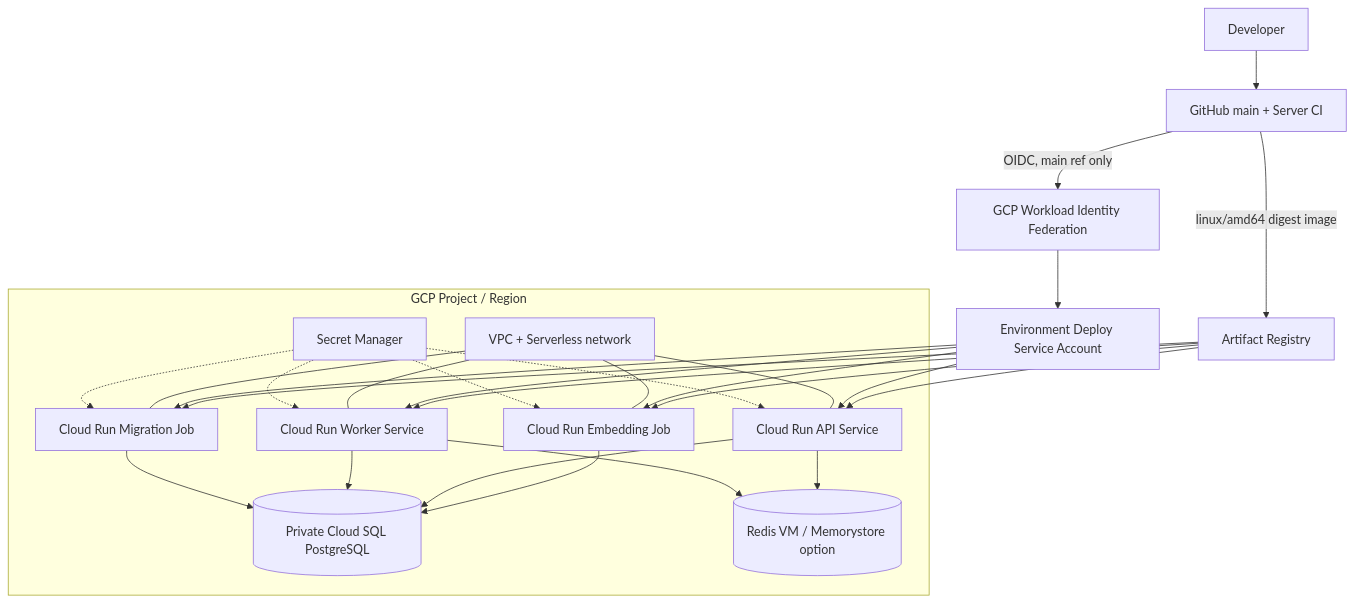
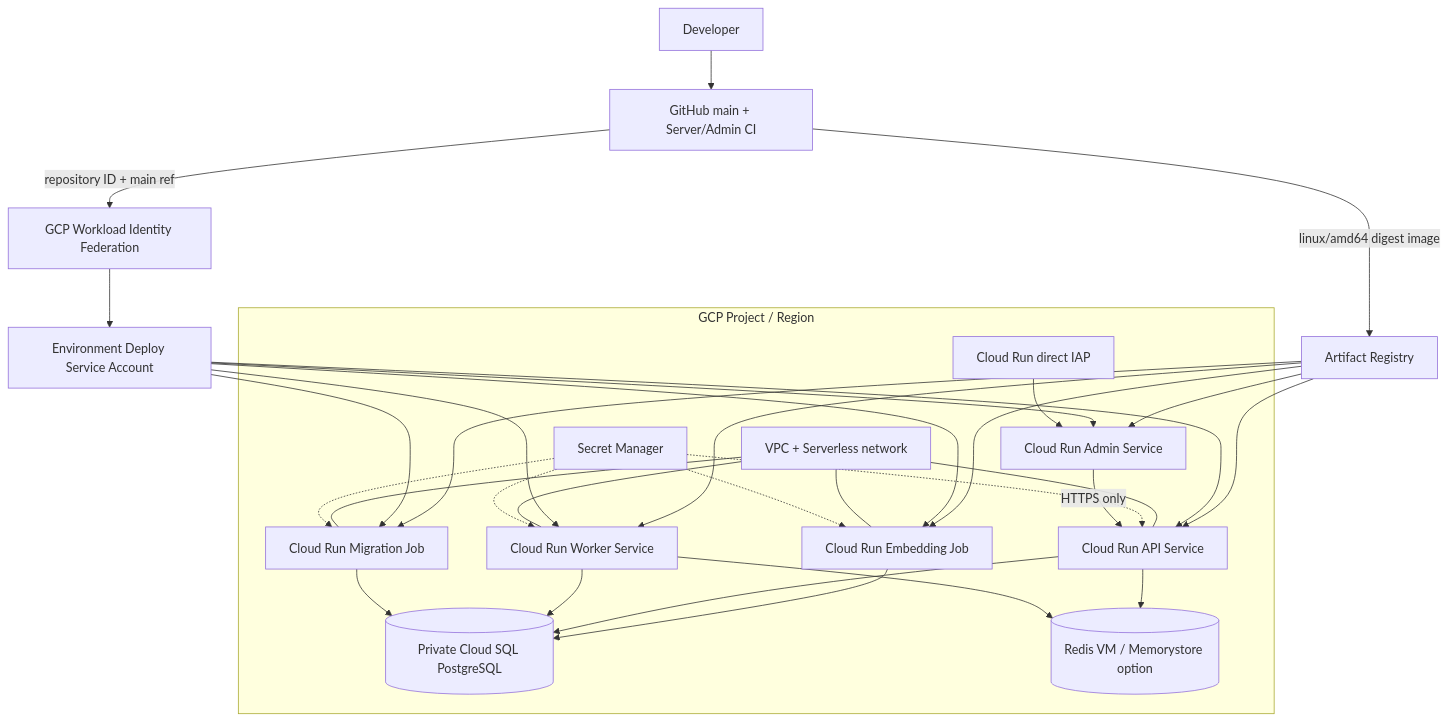
Before and after one commit to ByeongDoo-Han/mypasture-backend: the first of 2 diagrams in docs/architecture/c4/04-deployment.md, drawn with Mermaid. The commit also changed 19 other files, not shown here.

Commit message:
feat(infrastructure): provision IAP admin service (#121) (#122)

````diff
--- a/docs/architecture/c4/04-deployment.md
+++ b/docs/architecture/c4/04-deployment.md
@@ -5,42 +5,48 @@
 ```mermaid
 flowchart TB
-    Developer["Developer"] --> GitHub["GitHub main + Server CI"]
-    GitHub -->|OIDC, main ref only| WIF["GCP Workload Identity Federation"]
+    Developer["Developer"] --> GitHub["GitHub main + Server/Admin CI"]
+    GitHub -->|repository ID + main ref| WIF["GCP Workload Identity Federation"]
     WIF --> DeploySA["Environment Deploy Service Account"]
     GitHub -->|linux/amd64 digest image| Registry["Artifact Registry"]
 
     subgraph GCP["GCP Project / Region"]
         VPC["VPC + Serverless network"]
         Migration["Cloud Run Migration Job"]
         Worker["Cloud Run Worker Service"]
         API["Cloud Run API Service"]
         Backfill["Cloud Run Embedding Job"]
+        IAP["Cloud Run direct IAP"]
+        Admin["Cloud Run Admin Service"]
         SQL[("Private Cloud SQL PostgreSQL")]
         Redis[("Redis VM / Memorystore option")]
         Secrets["Secret Manager"]
 
         Migration --> SQL
         Worker --> SQL
         Worker --> Redis
         API --> SQL
         API --> Redis
         Backfill --> SQL
+        IAP --> Admin
+        Admin -->|HTTPS only| API
         Secrets -.-> Migration
         Secrets -.-> Worker
         Secrets -.-> API
         Secrets -.-> Backfill
         VPC --- Migration
         VPC --- Worker
         VPC --- API
         VPC --- Backfill
     end
 
     DeploySA --> Migration
     DeploySA --> Worker
     DeploySA --> API
     DeploySA --> Backfill
+    DeploySA --> Admin
     Registry --> Migration
     Registry --> Worker
     Registry --> API
     Registry --> Backfill
+    Registry --> Admin
 ```
````
